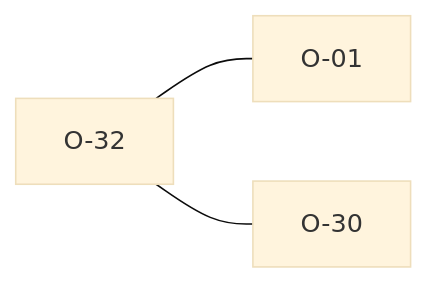
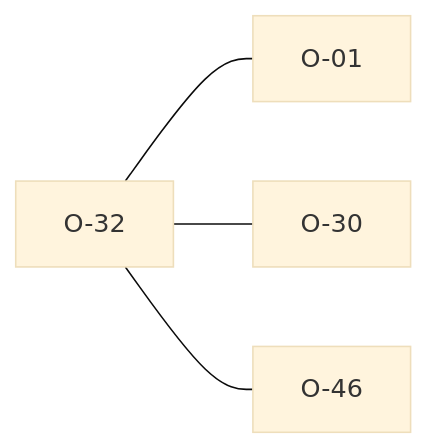
Before and after one commit to niko86/laterite: the diagram in ags-wiki/observations/O-32.md, drawn with Mermaid (base theme). The commit also changed other lines of this file and 23 other files, not shown here.

````diff
--- a/ags-wiki/observations/O-32.md
+++ b/ags-wiki/observations/O-32.md
@@ -34,6 +34,7 @@
 ```mermaid
 graph LR
   O_32["O-32"]
   O_32 --- O_01["O-01"]
   O_32 --- O_30["O-30"]
+  O_32 --- O_46["O-46"]
 ```
````
